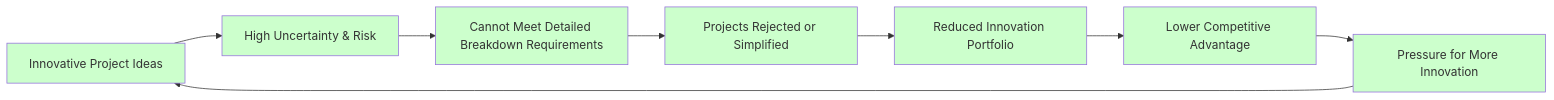
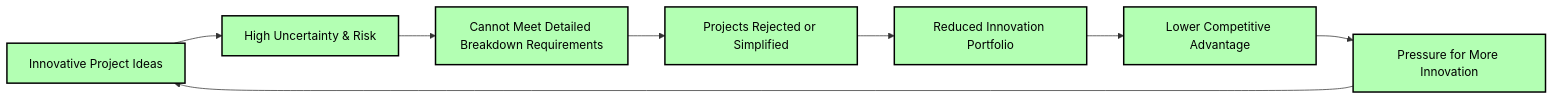
Before and after one commit to benjgrad/EM: the fifth of 8 diagrams in README.md, drawn with Mermaid. The commit also changed other lines of this file, not shown here.

````diff
--- a/README.md
+++ b/README.md
@@ -200,18 +193,18 @@
 ```mermaid
 graph LR
     A[Innovative Project Ideas] --> B[High Uncertainty & Risk]
     B --> C[Cannot Meet Detailed Breakdown Requirements]
     C --> D[Projects Rejected or Simplified]
     D --> E[Reduced Innovation Portfolio]
     E --> F[Lower Competitive Advantage]
     F --> G[Pressure for More Innovation]
     G --> A
     
-    style A fill:#ccffcc
-    style B fill:#ccffcc
-    style C fill:#ccffcc
-    style D fill:#ccffcc
-    style E fill:#ccffcc
-    style F fill:#ccffcc
-    style G fill:#ccffcc
+    style A fill:#b3ffb3,stroke:#000,stroke-width:2px,color:#000
+    style B fill:#b3ffb3,stroke:#000,stroke-width:2px,color:#000
+    style C fill:#b3ffb3,stroke:#000,stroke-width:2px,color:#000
+    style D fill:#b3ffb3,stroke:#000,stroke-width:2px,color:#000
+    style E fill:#b3ffb3,stroke:#000,stroke-width:2px,color:#000
+    style F fill:#b3ffb3,stroke:#000,stroke-width:2px,color:#000
+    style G fill:#b3ffb3,stroke:#000,stroke-width:2px,color:#000
 ```
````
